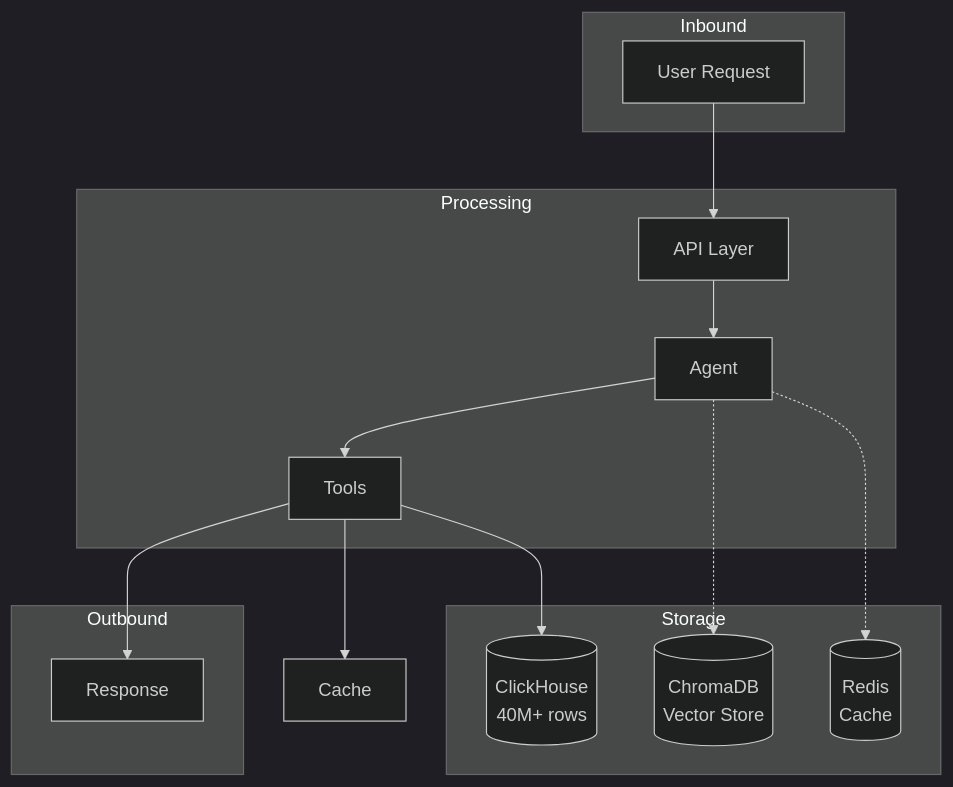
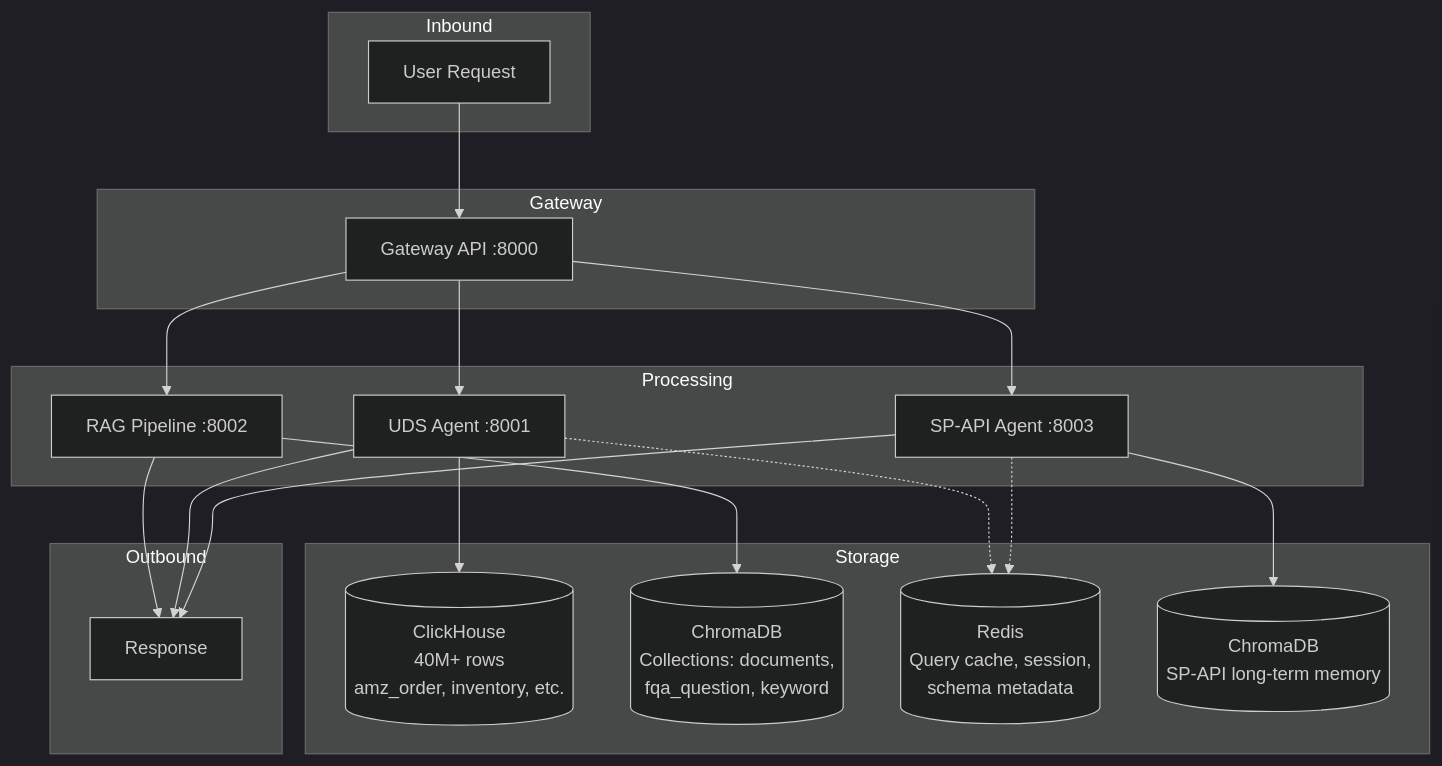
One commit to lenhop/IC-RAG-Agent changed the tenth of 12 diagrams in docs/FRAMEWORK.md. Above: the diagram before and after it, drawn with Mermaid (dark theme). The commit also changed other lines of this file and 23 other files, not shown here.

````diff
--- a/docs/FRAMEWORK.md
+++ b/docs/FRAMEWORK.md
@@ -338,31 +464,37 @@
 ```mermaid
 flowchart TB
     subgraph Inbound
         U[User Request]
     end
 
+    subgraph Gateway
+        GW[Gateway API :8000]
+    end
+
     subgraph Processing
-        API[API Layer]
-        Agent[Agent]
-        Tools[Tools]
+        RAG_SVC[RAG Pipeline :8002]
+        UDS_SVC[UDS Agent :8001]
+        SP_SVC[SP-API Agent :8003]
     end
 
     subgraph Storage
-        CH[(ClickHouse<br/>40M+ rows)]
-        Chroma[(ChromaDB<br/>Vector Store)]
-        Redis[(Redis<br/>Cache)]
+        CH[(ClickHouse<br/>40M+ rows<br/>amz_order, inventory, etc.)]
+        Chroma[(ChromaDB<br/>Collections: documents,<br/>fqa_question, keyword)]
+        Redis[(Redis<br/>Query cache, session,<br/>schema metadata)]
+        LTM_Store[(ChromaDB<br/>SP-API long-term memory)]
     end
 
     subgraph Outbound
         R[Response]
     end
 
-    U --> API
-    API --> Agent
-    Agent --> Tools
-    Tools --> CH
-    Tools --> Cache
-    Agent -.-> Chroma
-    Agent -.-> Redis
-    Tools --> R
+    U --> GW
+    GW --> RAG_SVC --> Chroma
+    GW --> UDS_SVC --> CH
+    GW --> SP_SVC --> LTM_Store
+    UDS_SVC -.-> Redis
+    SP_SVC -.-> Redis
+    RAG_SVC --> R
+    UDS_SVC --> R
+    SP_SVC --> R
 ```
````
